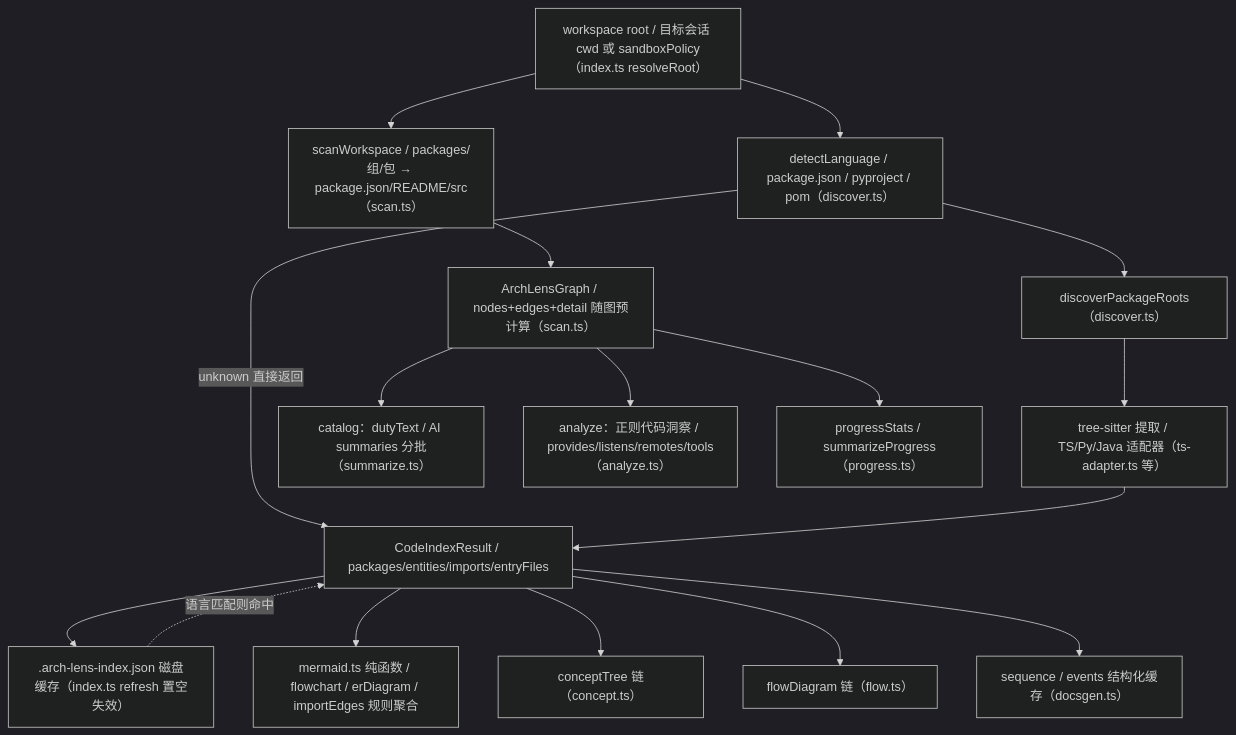
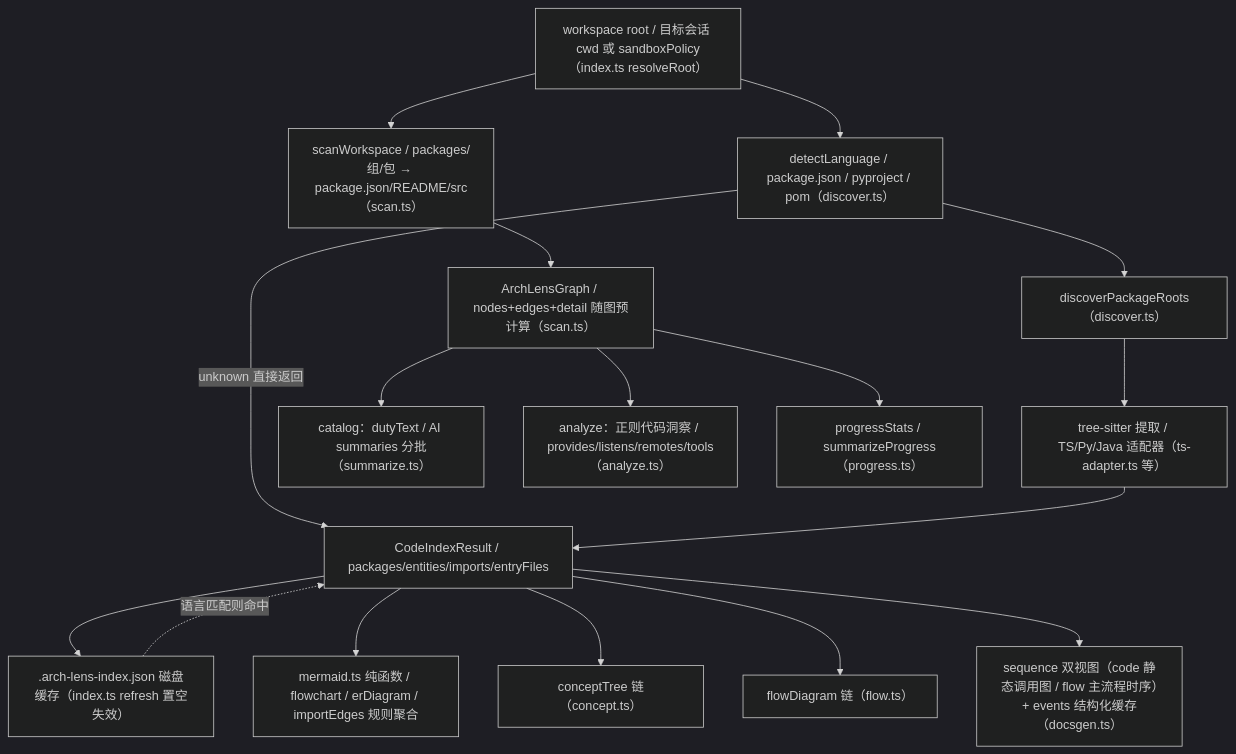
The second of 6 diagrams in docs/arch-lens-diagrams.md (gwj001/arch-lens), drawn with Mermaid (dark theme) before and after one commit. The commit also changed 50 other files, not shown here.

First line of the commit message:
feat(sequence): dual-view call graph vs main-flow sequence with graph roles

````diff
--- a/docs/arch-lens-diagrams.md
+++ b/docs/arch-lens-diagrams.md
@@ -49,32 +49,32 @@
 ```mermaid
 flowchart TD
     ROOT["workspace root / 目标会话 cwd 或 sandboxPolicy（index.ts resolveRoot）"]
     SCAN["scanWorkspace / packages/组/包 → package.json/README/src（scan.ts）"]
     GRAPH["ArchLensGraph / nodes+edges+detail 随图预计算（scan.ts）"]
     DETECT["detectLanguage / package.json / pyproject / pom（discover.ts）"]
     PKGS["discoverPackageRoots（discover.ts）"]
     PARSE["tree-sitter 提取 / TS/Py/Java 适配器（ts-adapter.ts 等）"]
     INDEX["CodeIndexResult / packages/entities/imports/entryFiles"]
     DISKCACHE[".arch-lens-index.json 磁盘缓存（index.ts refresh 置空失效）"]
     MERMAID["mermaid.ts 纯函数 / flowchart / erDiagram / importEdges 规则聚合"]
     CONCEPT["conceptTree 链（concept.ts）"]
     FLOW["flowDiagram 链（flow.ts）"]
-    SEQEVENT["sequence / events 结构化缓存（docsgen.ts）"]
+    SEQEVENT["sequence 双视图（code 静态调用图 / flow 主流程时序）+ events 结构化缓存（docsgen.ts）"]
     CATALOG["catalog：dutyText / AI summaries 分批（summarize.ts）"]
     INSIGHT["analyze：正则代码洞察 / provides/listens/remotes/tools（analyze.ts）"]
     PROGRESS["progressStats / summarizeProgress（progress.ts）"]
     ROOT --> SCAN
     ROOT --> DETECT
     DETECT -->|"unknown 直接返回"| INDEX
     DETECT --> PKGS --> PARSE --> INDEX
     INDEX --> DISKCACHE
     DISKCACHE -.->|"语言匹配则命中"| INDEX
     SCAN --> GRAPH
     INDEX --> MERMAID
     INDEX --> CONCEPT
     INDEX --> FLOW
     INDEX --> SEQEVENT
     GRAPH --> CATALOG
     GRAPH --> INSIGHT
     GRAPH --> PROGRESS
 ```
````
